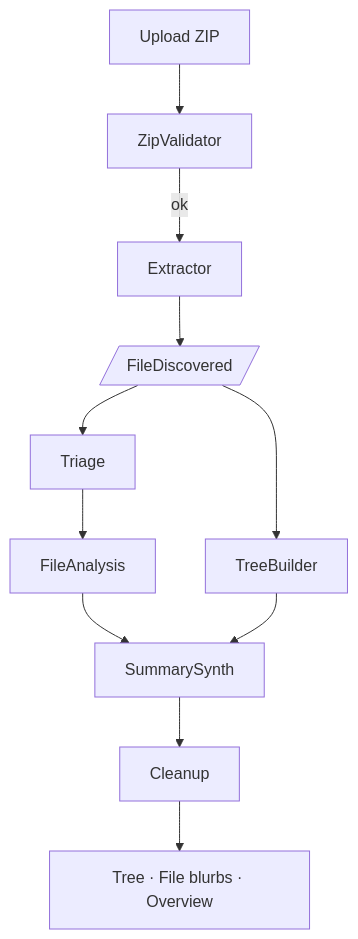
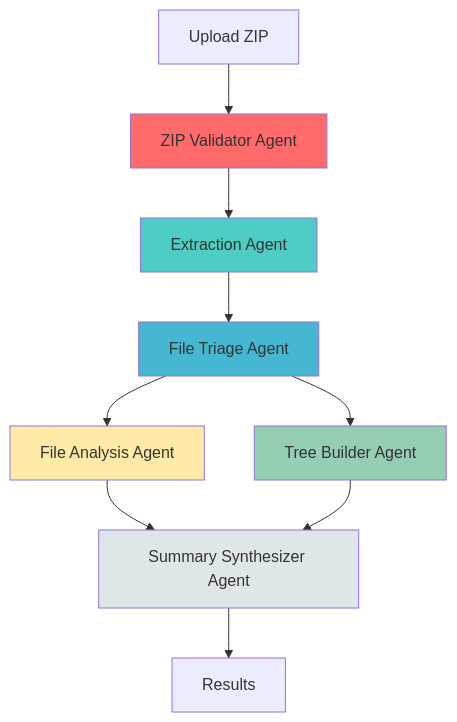
Before and after one commit to ruslanmv/ai-project-analizer: the diagram in README.md, drawn with Mermaid. The commit also changed other lines of this file and 25 other files, not shown here.

````diff
--- a/README.md
+++ b/README.md
@@ -61,10 +199,18 @@
 ```mermaid
 flowchart TD
-    U[Upload ZIP] --> V[ZipValidator]
-    V -- ok --> X[Extractor] --> F[/FileDiscovered/]
-    F --> T[TreeBuilder] & R[Triage]
-    R --> A[FileAnalysis] --> S[SummarySynth]
-    T --> S
-    S --> C[Cleanup]
-    C --> Z[Tree · File blurbs · Overview]
+    U[Upload ZIP] --> V[ZIP Validator Agent]
+    V --> E[Extraction Agent]
+    E --> T[File Triage Agent]
+    T --> TB[Tree Builder Agent]
+    T --> FA[File Analysis Agent]
+    FA --> S[Summary Synthesizer Agent]
+    TB --> S
+    S --> R[Results]
+
+    style V fill:#ff6b6b
+    style E fill:#4ecdc4
+    style T fill:#45b7d1
+    style TB fill:#96ceb4
+    style FA fill:#ffeaa7
+    style S fill:#dfe6e9
 ```
````
